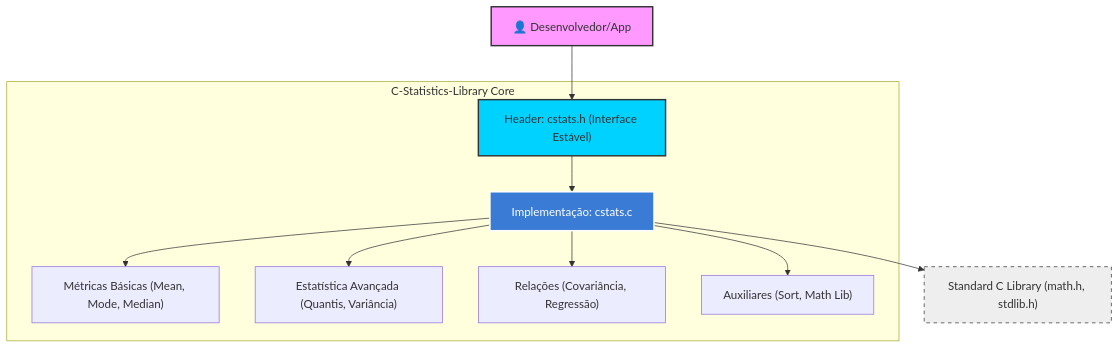
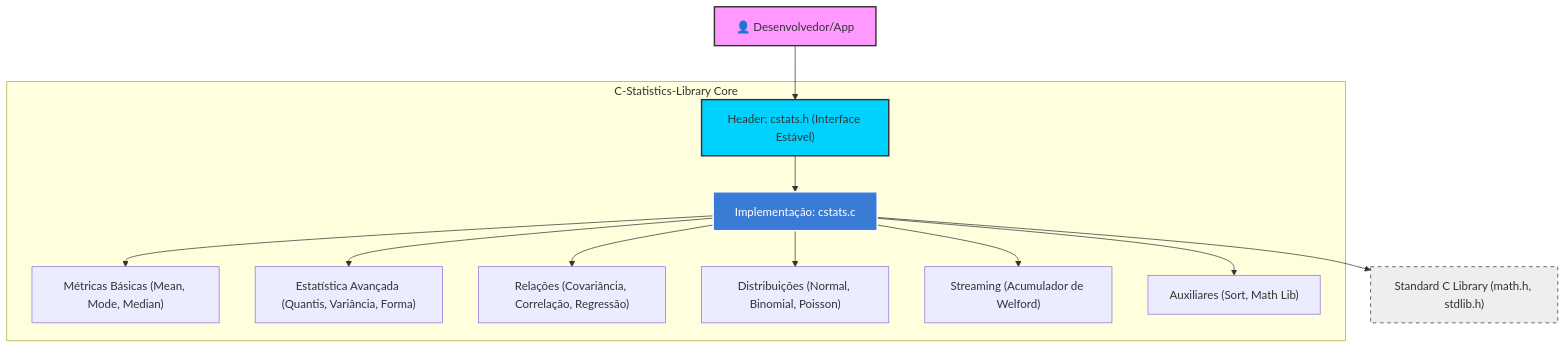
One commit to AndreIsraelAO/C-Statistics-Library changed the diagram in README.md. Above: the diagram before and after it, drawn with Mermaid. The commit also changed other lines of this file and 3 other files, not shown here.

````diff
--- a/README.md
+++ b/README.md
@@ -66,17 +66,19 @@
 ```mermaid
 graph TD
     User["👤 Desenvolvedor/App"] --> API["Header: cstats.h (Interface Estável)"]
     subgraph "C-Statistics-Library Core"
         API --> Core["Implementação: cstats.c"]
         Core --> Basic["Métricas Básicas (Mean, Mode, Median)"]
-        Core --> Advanced["Estatística Avançada (Quantis, Variância)"]
-        Core --> Relation["Relações (Covariância, Regressão)"]
+        Core --> Advanced["Estatística Avançada (Quantis, Variância, Forma)"]
+        Core --> Relation["Relações (Covariância, Correlação, Regressão)"]
+        Core --> Dist["Distribuições (Normal, Binomial, Poisson)"]
+        Core --> Stream["Streaming (Acumulador de Welford)"]
         Core --> Utils["Auxiliares (Sort, Math Lib)"]
     end
     Core --> LibC["Standard C Library (math.h, stdlib.h)"]
     
     style User fill:#f9f,stroke:#333,stroke-width:2px
     style API fill:#00d2ff,stroke:#333,stroke-width:2px
     style Core fill:#3a7bd5,stroke:#fff,stroke-width:2px,color:#fff
     style LibC fill:#eee,stroke:#333,stroke-dasharray: 5 5
 ```
````
